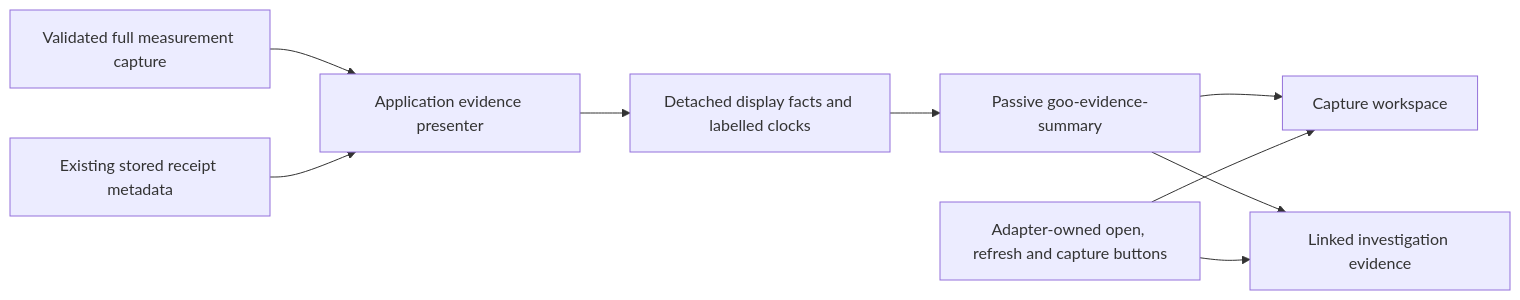
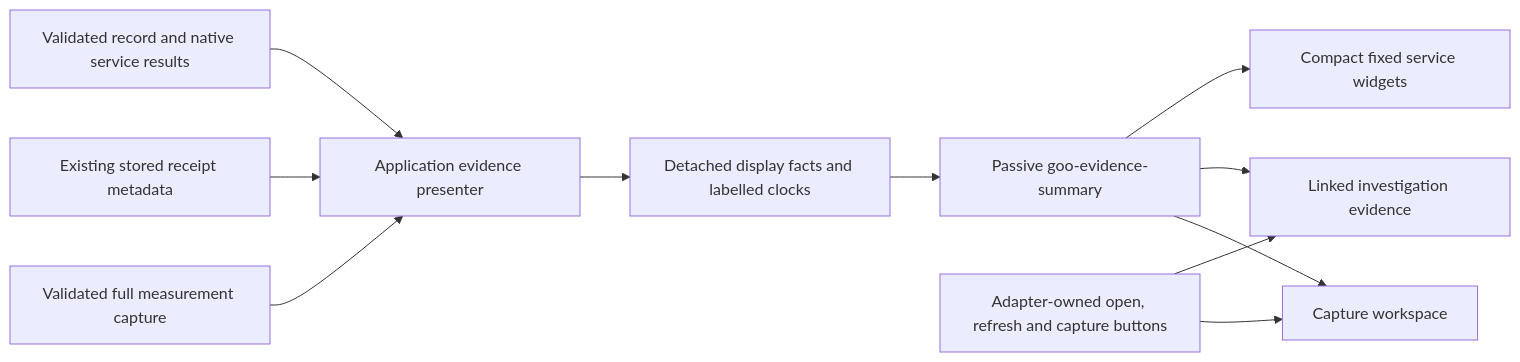
One commit to casselc/goo changed the diagram in docs/EVIDENCE_SUMMARIES.md. Above: the diagram before and after it, drawn with Mermaid. The commit also changed other lines of this file and 38 other files, not shown here.

Commit message:
Compact service evidence and display native timestamps in UTC

````diff
--- a/docs/EVIDENCE_SUMMARIES.md
+++ b/docs/EVIDENCE_SUMMARIES.md
@@ -39,11 +39,13 @@
 ```mermaid
 flowchart LR
   C[Validated full measurement capture] --> A[Application evidence presenter]
   M[Existing stored receipt metadata] --> A
   A --> D[Detached display facts and labelled clocks]
   D --> E[Passive goo-evidence-summary]
   E --> F[Capture workspace]
   E --> I[Linked investigation evidence]
+  S[Validated record and native service results] --> A
+  E --> W[Compact fixed service widgets]
   B[Adapter-owned open, refresh and capture buttons] --> F
   B --> I
 ```
````
